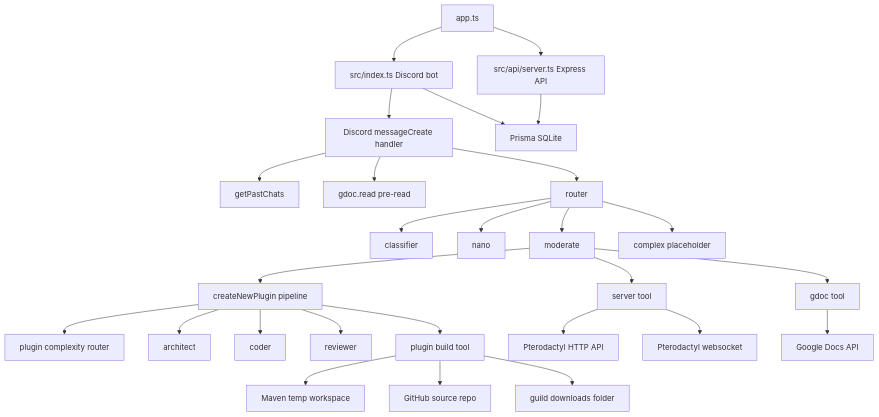
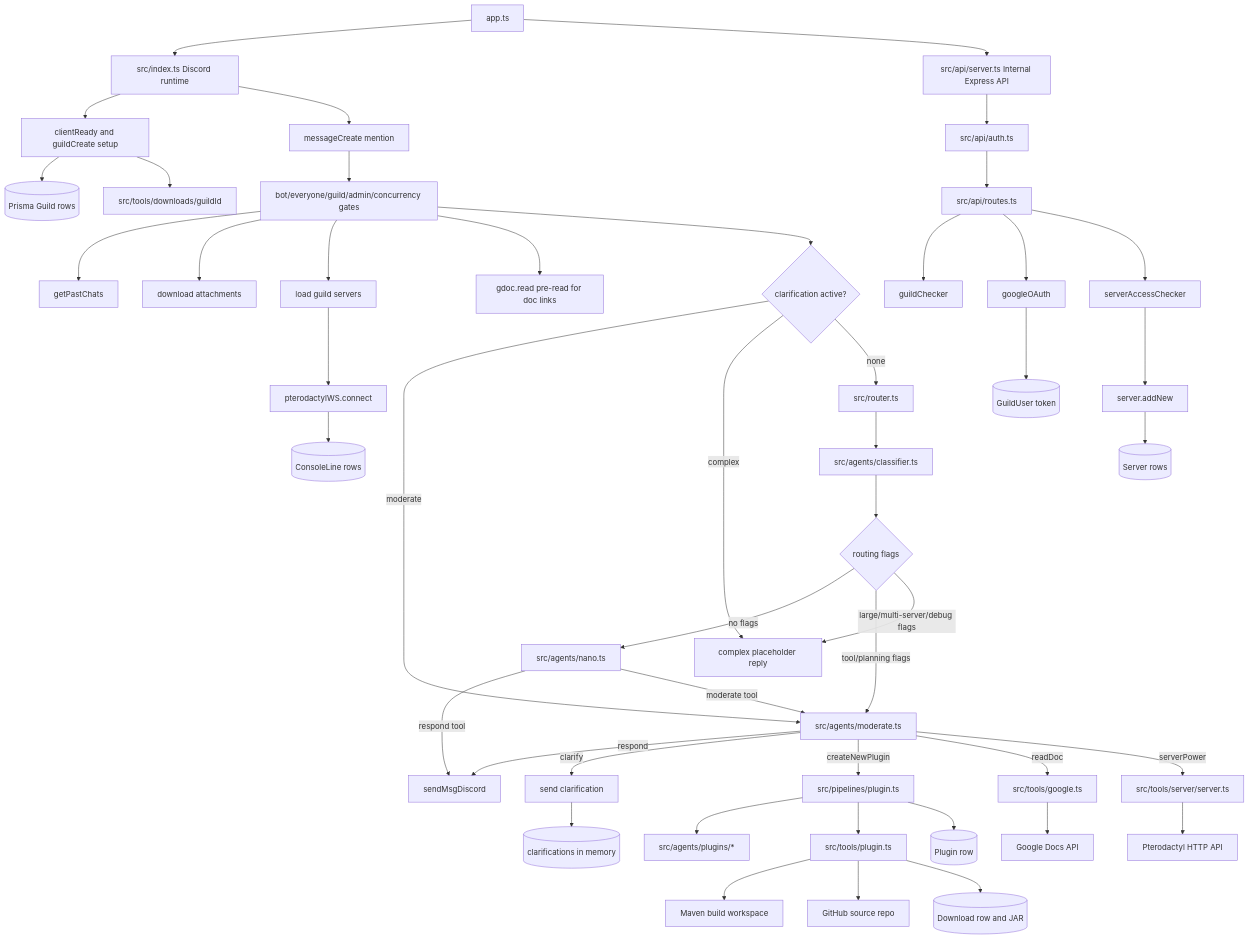
The diagram in docs/architecture/overview.md (WalrusMC/AgentSteve), drawn with Mermaid before and after one commit. The commit also changed other lines of this file and 21 other files, not shown here.

````diff
--- a/docs/architecture/overview.md
+++ b/docs/architecture/overview.md
@@ -12,34 +53,58 @@
 ```mermaid
 flowchart TD
-    A[app.ts] --> B[src/index.ts Discord bot]
-    A --> C[src/api/server.ts Express API]
+    App[app.ts] --> Discord[src/index.ts Discord runtime]
+    App --> Api[src/api/server.ts Internal Express API]
 
-    B --> D[Discord messageCreate handler]
-    D --> E[getPastChats]
-    D --> F[gdoc.read pre-read]
-    D --> G[router]
-    G --> H[classifier]
-    G --> I[nano]
-    G --> J[moderate]
-    G --> K[complex placeholder]
+    Discord --> Ready[clientReady and guildCreate setup]
+    Ready --> Guilds[(Prisma Guild rows)]
+    Ready --> DownloadsDir[src/tools/downloads/guildId]
 
-    J --> L[createNewPlugin pipeline]
-    J --> M[gdoc tool]
-    J --> N[server tool]
+    Discord --> Mention[messageCreate mention]
+    Mention --> Gate[bot/everyone/guild/admin/concurrency gates]
+    Gate --> Context[getPastChats]
+    Gate --> Attachments[download attachments]
+    Gate --> KnownServers[load guild servers]
+    KnownServers --> WS[pterodactylWS.connect]
+    Gate --> GDocPreRead[gdoc.read pre-read for doc links]
+    Gate --> ClarifyState{clarification active?}
 
-    L --> O[plugin complexity router]
-    L --> P[architect]
-    L --> Q[coder]
-    L --> R[reviewer]
-    L --> S[plugin build tool]
+    ClarifyState -->|moderate| Moderate[src/agents/moderate.ts]
+    ClarifyState -->|complex| ComplexPlaceholder[complex placeholder reply]
+    ClarifyState -->|none| MainRouter[src/router.ts]
 
-    S --> T[Maven temp workspace]
-    S --> U[GitHub source repo]
-    S --> V[guild downloads folder]
+    MainRouter --> Classifier[src/agents/classifier.ts]
+    Classifier --> RouteChoice{routing flags}
+    RouteChoice -->|no flags| Nano[src/agents/nano.ts]
+    RouteChoice -->|tool/planning flags| Moderate
+    RouteChoice -->|large/multi-server/debug flags| ComplexPlaceholder
 
-    B --> W[Prisma SQLite]
-    C --> W
-    N --> X[Pterodactyl HTTP API]
-    N --> Y[Pterodactyl websocket]
-    M --> Z[Google Docs API]
+    Nano -->|respond tool| DiscordReply[sendMsgDiscord]
+    Nano -->|moderate tool| Moderate
+
+    Moderate -->|respond| DiscordReply
+    Moderate -->|clarify| ClarificationReply[send clarification]
+    ClarificationReply --> Clarifications[(clarifications in memory)]
+    Moderate -->|createNewPlugin| PluginPipeline[src/pipelines/plugin.ts]
+    Moderate -->|readDoc| GDocs[src/tools/google.ts]
+    Moderate -->|serverPower| ServerPower[src/tools/server/server.ts]
+
+    PluginPipeline --> PluginAgents[src/agents/plugins/*]
+    PluginPipeline --> PluginBuild[src/tools/plugin.ts]
+    PluginBuild --> Maven[Maven build workspace]
+    PluginBuild --> GitHub[GitHub source repo]
+    PluginBuild --> Downloads[(Download row and JAR)]
+    PluginPipeline --> Plugins[(Plugin row)]
+
+    ServerPower --> PteroHTTP[Pterodactyl HTTP API]
+    WS --> ConsoleLines[(ConsoleLine rows)]
+    GDocs --> GoogleAPI[Google Docs API]
+
+    Api --> Auth[src/api/auth.ts]
+    Auth --> ApiRoutes[src/api/routes.ts]
+    ApiRoutes --> GuildCheck[guildChecker]
+    ApiRoutes --> OAuth[googleOAuth]
+    ApiRoutes --> ServerAccess[serverAccessChecker]
+    OAuth --> GuildUser[(GuildUser token)]
+    ServerAccess --> ServerAdd[server.addNew]
+    ServerAdd --> Servers[(Server rows)]
 ```
````
